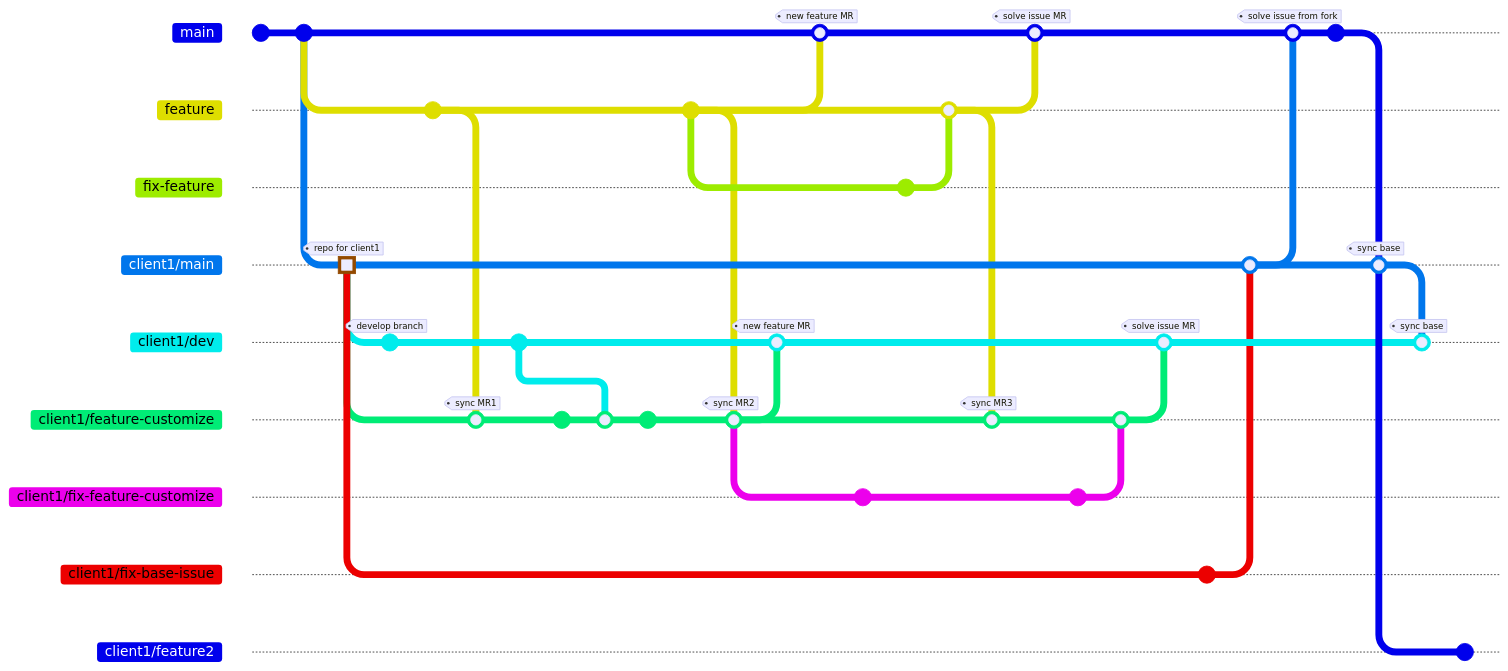
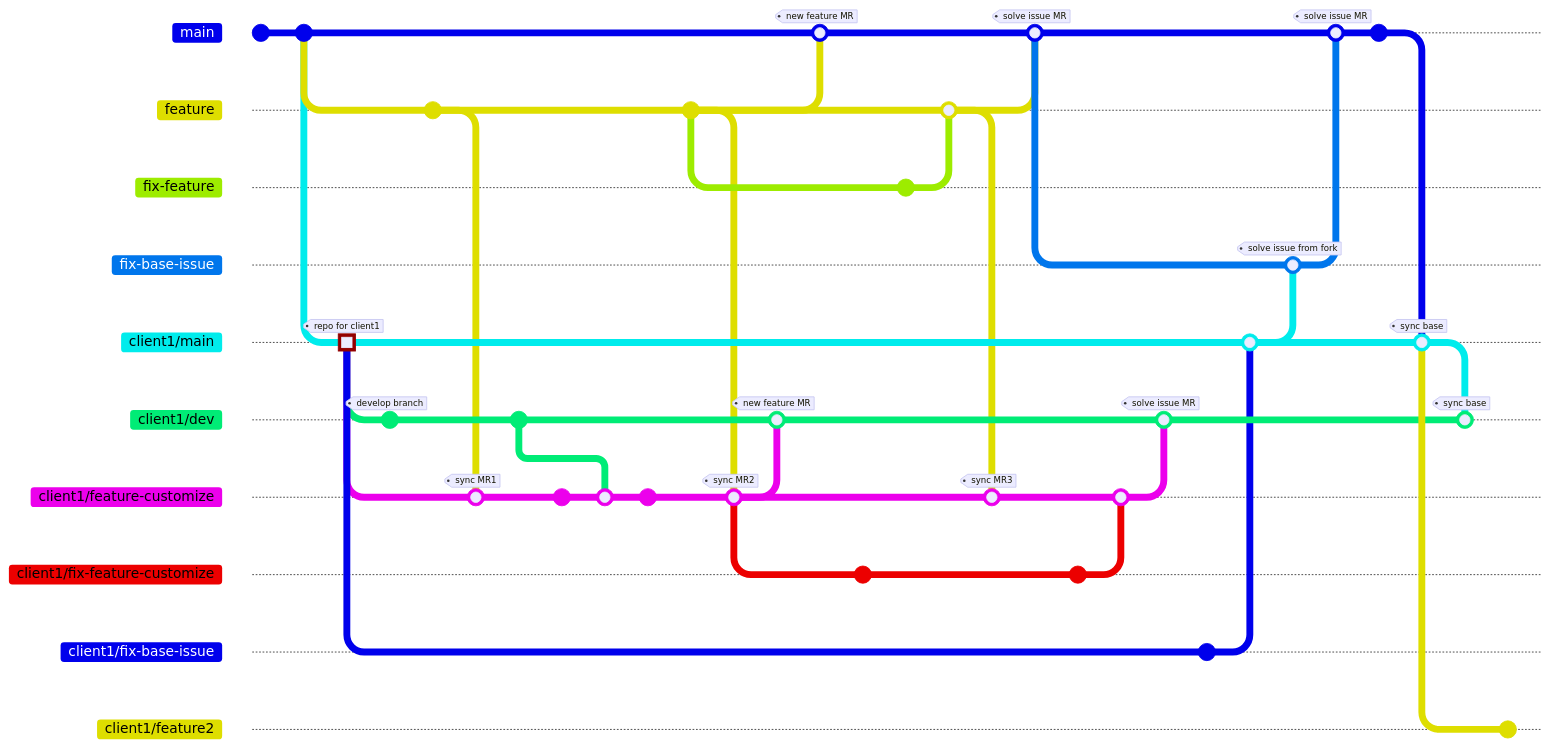
The first of 2 diagrams in git/workflow.md (tsengyushiang/notes), drawn with Mermaid before and after one commit. Commit ids are hidden.

````diff
--- a/git/workflow.md
+++ b/git/workflow.md
@@ -7,65 +7,68 @@
 ```mermaid
 %%{init: { 'gitGraph': {'showCommitLabel': false}} }%%
 
 gitGraph
     commit
     commit
     branch feature order: 1
     branch client1/main order: 5
     commit tag:"repo for client1" type: HIGHLIGHT
     branch client1/dev order: 6
     commit tag:"develop branch"
     checkout feature
     commit
     checkout client1/main
     branch client1/feature-customize order: 7
     merge feature tag:"sync MR1"
     checkout client1/dev
     commit
     checkout client1/feature-customize
     commit
     merge client1/dev
     commit
     checkout feature
     commit
     checkout client1/feature-customize
     merge feature tag:"sync MR2"
     checkout client1/dev
     merge client1/feature-customize tag:"new feature MR"
     checkout main
     merge feature tag:"new feature MR"
     checkout client1/feature-customize
     branch client1/fix-feature-customize order: 8
     commit
     checkout feature
     branch fix-feature order: 2
     commit
     checkout feature
     merge fix-feature
     checkout client1/feature-customize
     merge feature tag:"sync MR3"
     checkout main
     merge feature tag:"solve issue MR"
     checkout client1/fix-feature-customize
     commit
     checkout client1/feature-customize
     merge client1/fix-feature-customize
     checkout client1/dev
     merge client1/feature-customize tag:"solve issue MR"
     checkout client1/main
     branch client1/fix-base-issue order:10
     commit
     checkout client1/main
     merge client1/fix-base-issue
     checkout main
+    branch fix-base-issue order:3
     merge client1/main tag:"solve issue from fork"
+    checkout main
+    merge fix-base-issue tag:"solve issue MR"
     commit
     checkout client1/main
     merge main tag:"sync base"
     checkout client1/dev
     merge client1/main tag:"sync base"
     checkout client1/main
     branch client1/feature2 order:11
     commit
 
 ```
````
